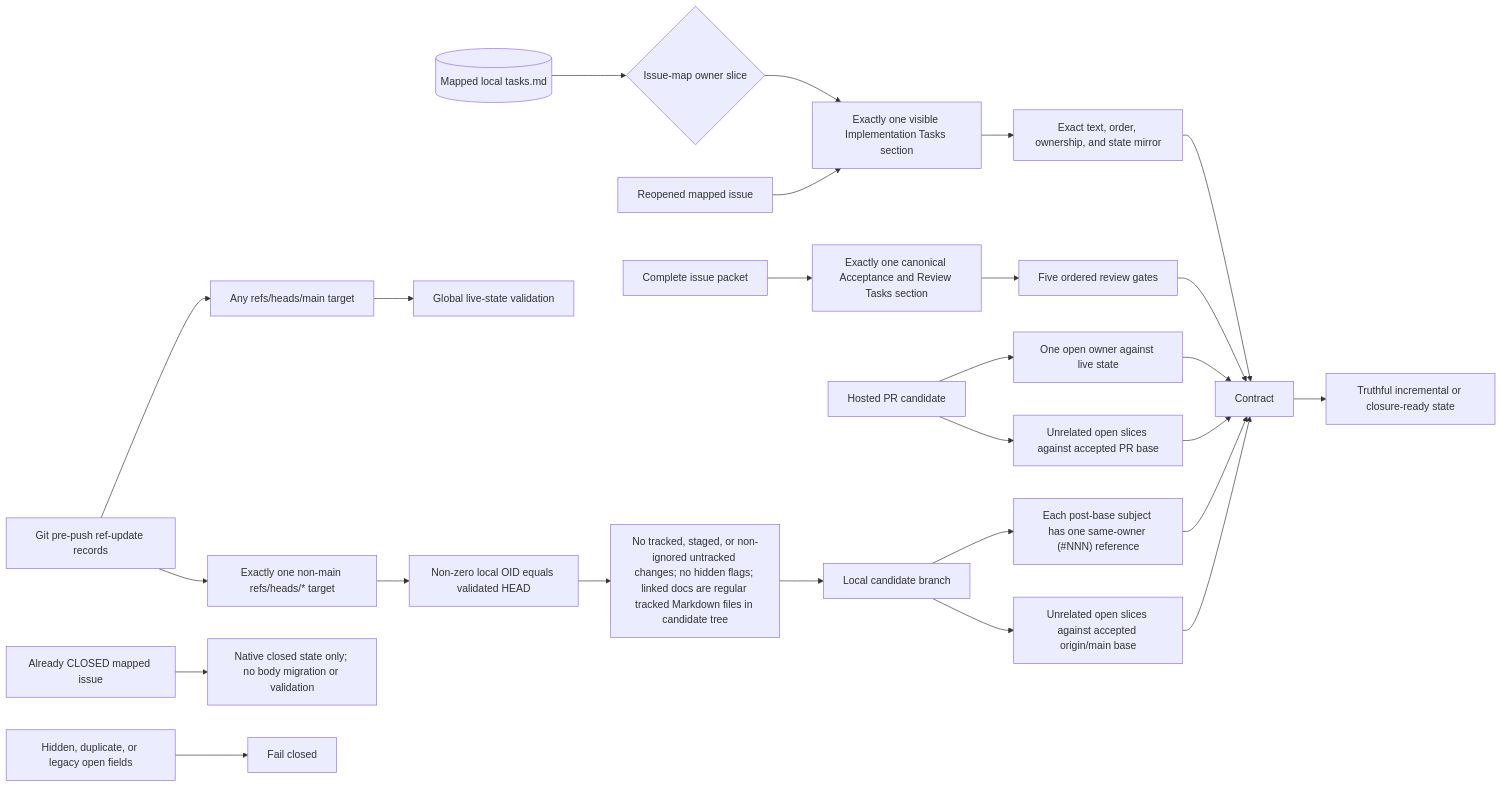
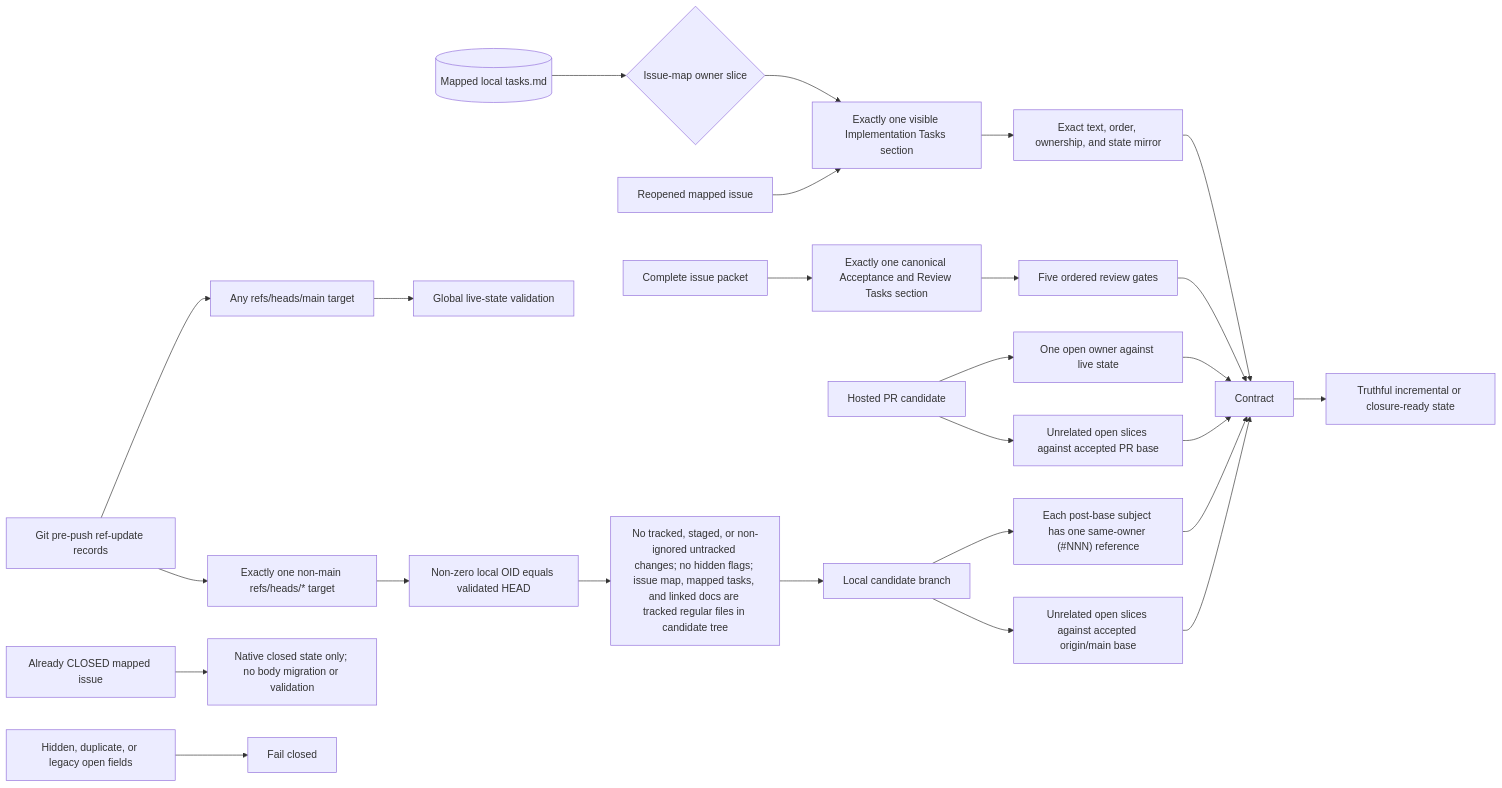
One commit to styler-ai/ProjectAtlas changed the first of 28 diagrams in docs/v050-release-architecture.md. Above: the diagram before and after it, drawn with Mermaid. The commit also changed 5 other files, not shown here.

Commit message:
fix(issueops): bind candidate inputs to tree authority (#549)

````diff
--- a/docs/v050-release-architecture.md
+++ b/docs/v050-release-architecture.md
@@ -7,28 +7,28 @@
 ```mermaid
 flowchart LR
     LocalTasks[(Mapped local tasks.md)] --> OwnerSlice{Issue-map owner slice}
     OwnerSlice --> Implementation[Exactly one visible Implementation Tasks section]
     IssuePacket[Complete issue packet] --> Acceptance[Exactly one canonical Acceptance and Review Tasks section]
     Implementation --> Sync[Exact text, order, ownership, and state mirror]
     Acceptance --> Gates[Five ordered review gates]
     Sync --> Contract
     Gates --> Contract
     PR[Hosted PR candidate] --> Owner[One open owner against live state]
     PR --> Base[Unrelated open slices against accepted PR base]
     Push[Git pre-push ref-update records] --> MainTarget["Any refs/heads/main target"]
     Push --> CandidateTarget["Exactly one non-main refs/heads/* target"]
     MainTarget --> Global[Global live-state validation]
     CandidateTarget --> CandidateObject["Non-zero local OID equals validated HEAD"]
-    CandidateObject --> CandidateClean["No tracked, staged, or non-ignored untracked changes; no hidden flags; linked docs are regular tracked Markdown files in candidate tree"]
+    CandidateObject --> CandidateClean["No tracked, staged, or non-ignored untracked changes; no hidden flags; issue map, mapped tasks, and linked docs are tracked regular files in candidate tree"]
     CandidateClean --> Candidate[Local candidate branch]
     Candidate --> CandidateOwner["Each post-base subject has one same-owner (#NNN) reference"]
     Candidate --> CandidateBase["Unrelated open slices against accepted origin/main base"]
     Owner --> Contract
     Base --> Contract
     CandidateOwner --> Contract
     CandidateBase --> Contract
     Closed[Already CLOSED mapped issue] --> Inert[Native closed state only; no body migration or validation]
     Reopened[Reopened mapped issue] --> Implementation
     Hidden[Hidden, duplicate, or legacy open fields] --> Reject[Fail closed]
     Contract --> Ready[Truthful incremental or closure-ready state]
 ```
````
